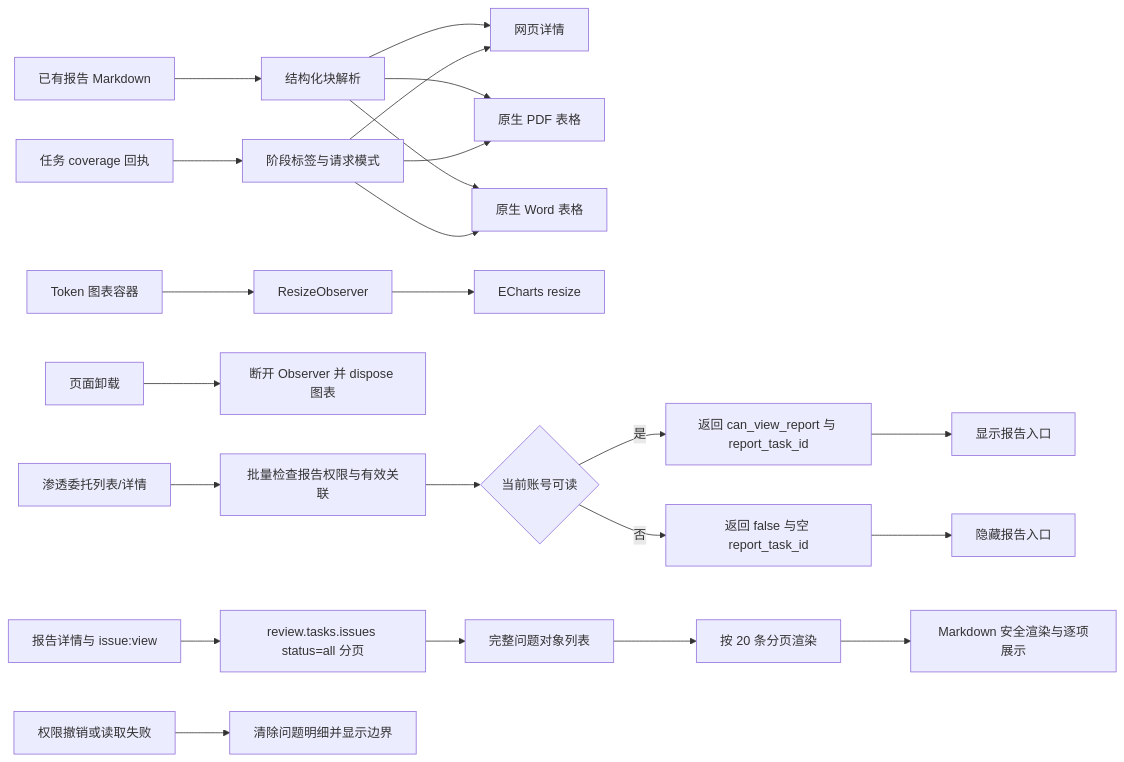
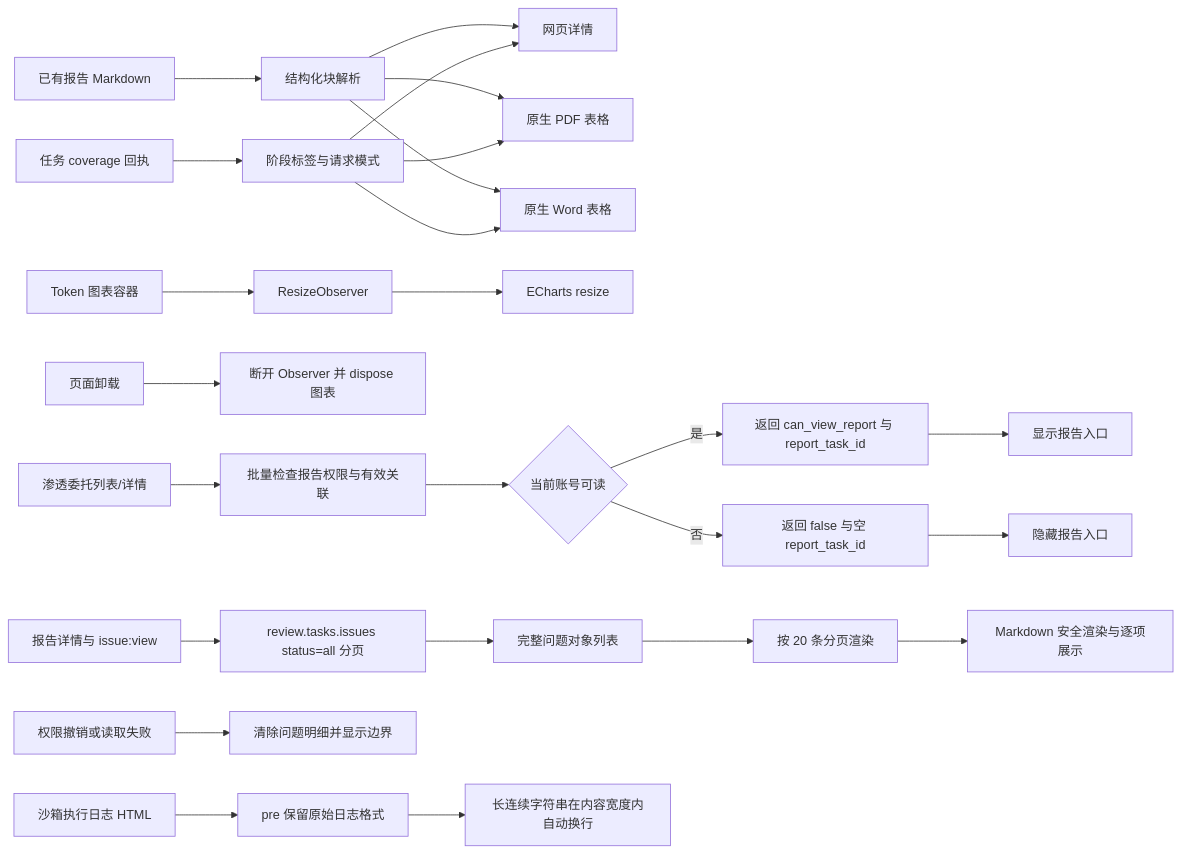
Before and after one commit to OUTLElijiadong/llm-agent-code-review: the diagram in docs/报告排版与覆盖口径修复20261018/DESIGN_报告排版与覆盖口径修复.md, drawn with Mermaid. The commit also changed other lines of this file and 10 other files, not shown here.

````diff
--- a/docs/报告排版与覆盖口径修复20261018/DESIGN_报告排版与覆盖口径修复.md
+++ b/docs/报告排版与覆盖口径修复20261018/DESIGN_报告排版与覆盖口径修复.md
@@ -5,25 +5,27 @@
 ```mermaid
 flowchart LR
   A[已有报告 Markdown] --> B[结构化块解析]
   B --> C[网页详情]
   B --> D[原生 PDF 表格]
   B --> E[原生 Word 表格]
   F[任务 coverage 回执] --> G[阶段标签与请求模式]
   G --> C
   G --> D
   G --> E
   H[Token 图表容器] --> I[ResizeObserver]
   I --> J[ECharts resize]
   K[页面卸载] --> L[断开 Observer 并 dispose 图表]
   M[渗透委托列表/详情] --> N[批量检查报告权限与有效关联]
   N --> O{当前账号可读}
   O -->|是| P[返回 can_view_report 与 report_task_id]
   O -->|否| Q[返回 false 与空 report_task_id]
   P --> R[显示报告入口]
   Q --> S[隐藏报告入口]
   T[报告详情与 issue:view] --> U[review.tasks.issues status=all 分页]
   U --> V[完整问题对象列表]
   V --> W[按 20 条分页渲染]
   W --> Z[Markdown 安全渲染与逐项展示]
   X[权限撤销或读取失败] --> Y[清除问题明细并显示边界]
+  AA[沙箱执行日志 HTML] --> AB[pre 保留原始日志格式]
+  AB --> AC[长连续字符串在内容宽度内自动换行]
 ```
````
